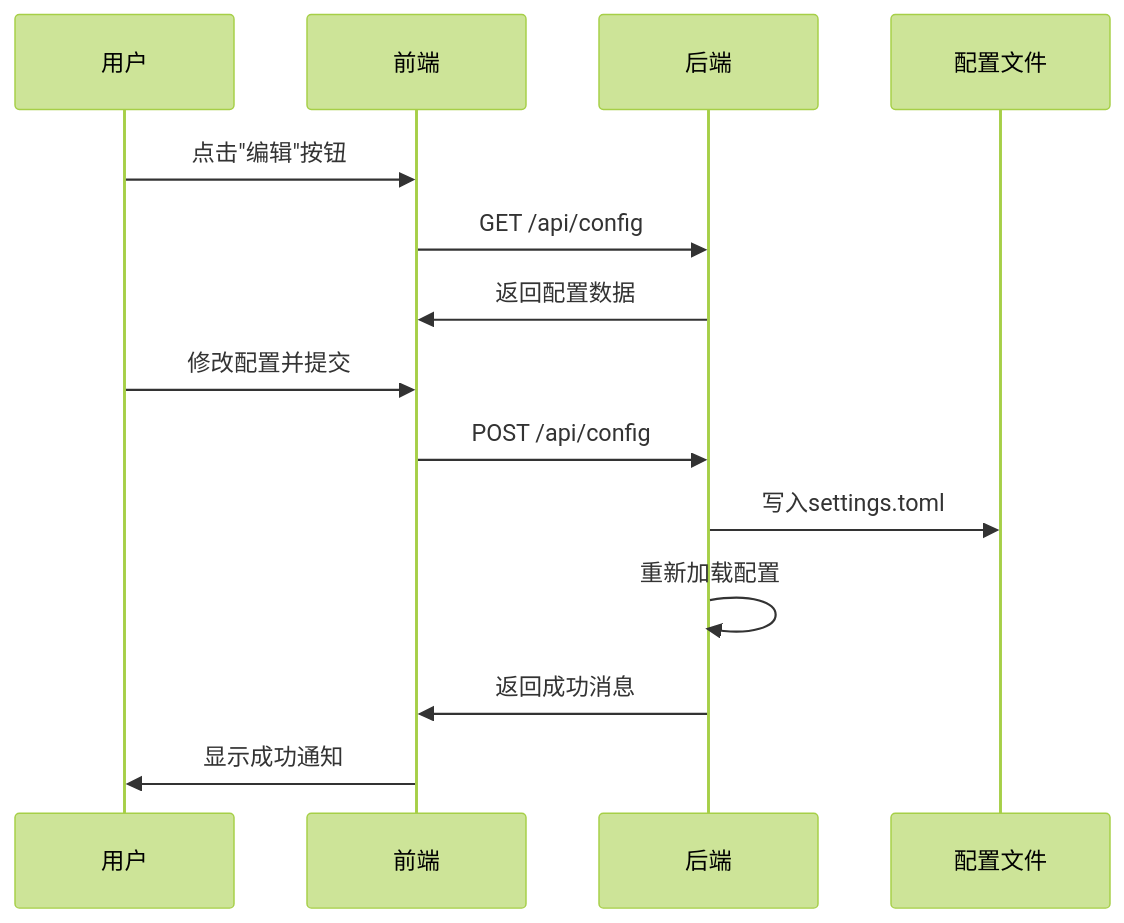
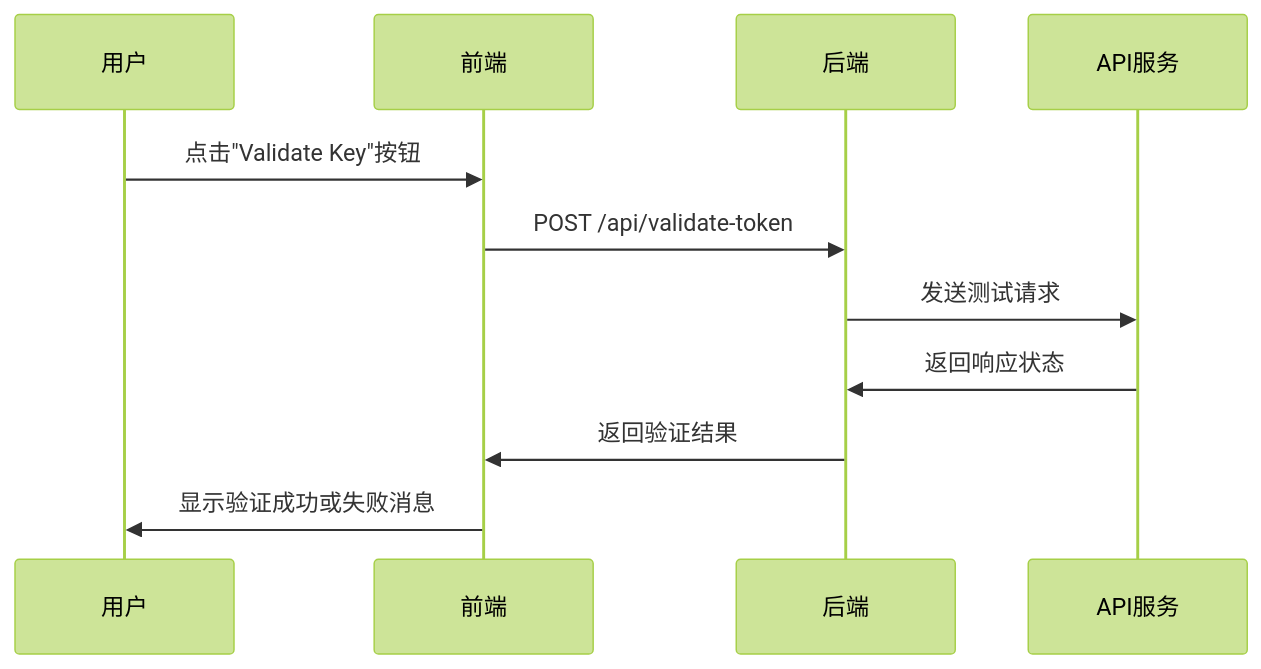
One commit to gittool/acemcp changed the third of 7 diagrams in .qoder/repowiki/zh/content/Web管理界面.md. Above: the diagram before and after it, drawn with Mermaid (forest theme). The commit also changed other lines of this file and 3 other files, not shown here.

````diff
--- a/.qoder/repowiki/zh/content/Web管理界面.md
+++ b/.qoder/repowiki/zh/content/Web管理界面.md
@@ -80,12 +95,9 @@
 ```mermaid
 sequenceDiagram
-用户->>前端 : 点击"编辑"按钮
-前端->>后端 : GET /api/config
-后端->>前端 : 返回配置数据
-用户->>前端 : 修改配置并提交
-前端->>后端 : POST /api/config
-后端->>配置文件 : 写入settings.toml
-后端->>后端 : 重新加载配置
-后端->>前端 : 返回成功消息
-前端->>用户 : 显示成功通知
+用户->>前端 : 点击"Validate Key"按钮
+前端->>后端 : POST /api/validate-token
+后端->>API服务 : 发送测试请求
+API服务->>后端 : 返回响应状态
+后端->>前端 : 返回验证结果
+前端->>用户 : 显示验证成功或失败消息
 ```
````
